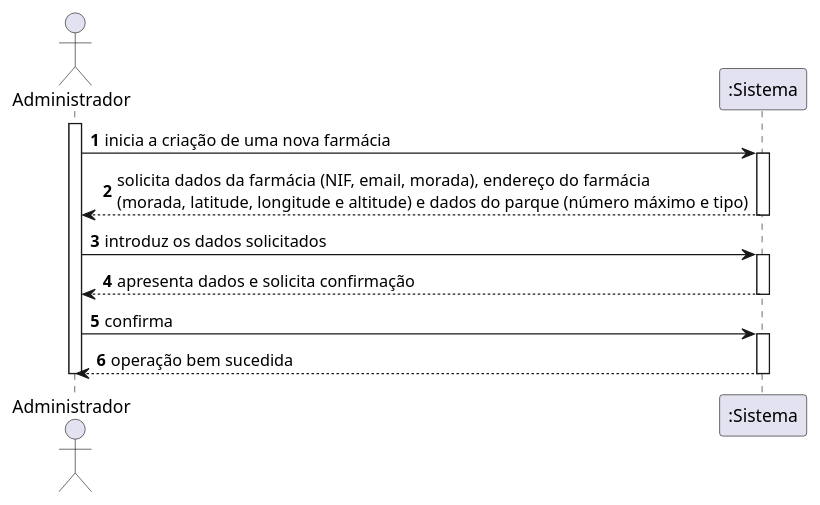
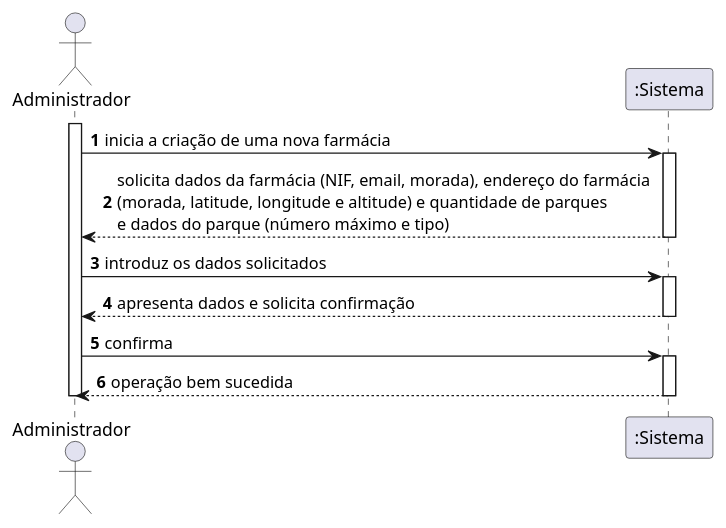
One commit to pedrolemos4/LAPR3 changed the diagram in docs/UC128/SSD-REGISTAR FARMACIA.puml. Above: the diagram before and after it, drawn with PlantUML. The commit also changed 7 other files, not shown here.

```diff
--- a/docs/UC128/SSD-REGISTAR FARMACIA.puml
+++ b/docs/UC128/SSD-REGISTAR FARMACIA.puml
@@ -1,22 +1,22 @@
 @startuml
 autonumber
 actor "Administrador" as ADM
 
 activate ADM
 ADM -> ":Sistema" : inicia a criação de uma nova farmácia
 activate ":Sistema"
-":Sistema" --> ADM : solicita dados da farmácia (NIF, email, morada), endereço do farmácia \n(morada, latitude, longitude e altitude) e dados do parque (número máximo e tipo)
+":Sistema" --> ADM : solicita dados da farmácia (NIF, email, morada), endereço do farmácia \n(morada, latitude, longitude e altitude) e quantidade de parques \ne dados do parque (número máximo e tipo)
 deactivate ":Sistema"
 
 ADM -> ":Sistema" : introduz os dados solicitados
 activate ":Sistema"
 ":Sistema" --> ADM : apresenta dados e solicita confirmação
 deactivate ":Sistema"
 
 ADM -> ":Sistema" : confirma
 activate ":Sistema"
 ":Sistema" --> ADM : operação bem sucedida
 deactivate ":Sistema"
 
 deactivate ADM
 @enduml
```
